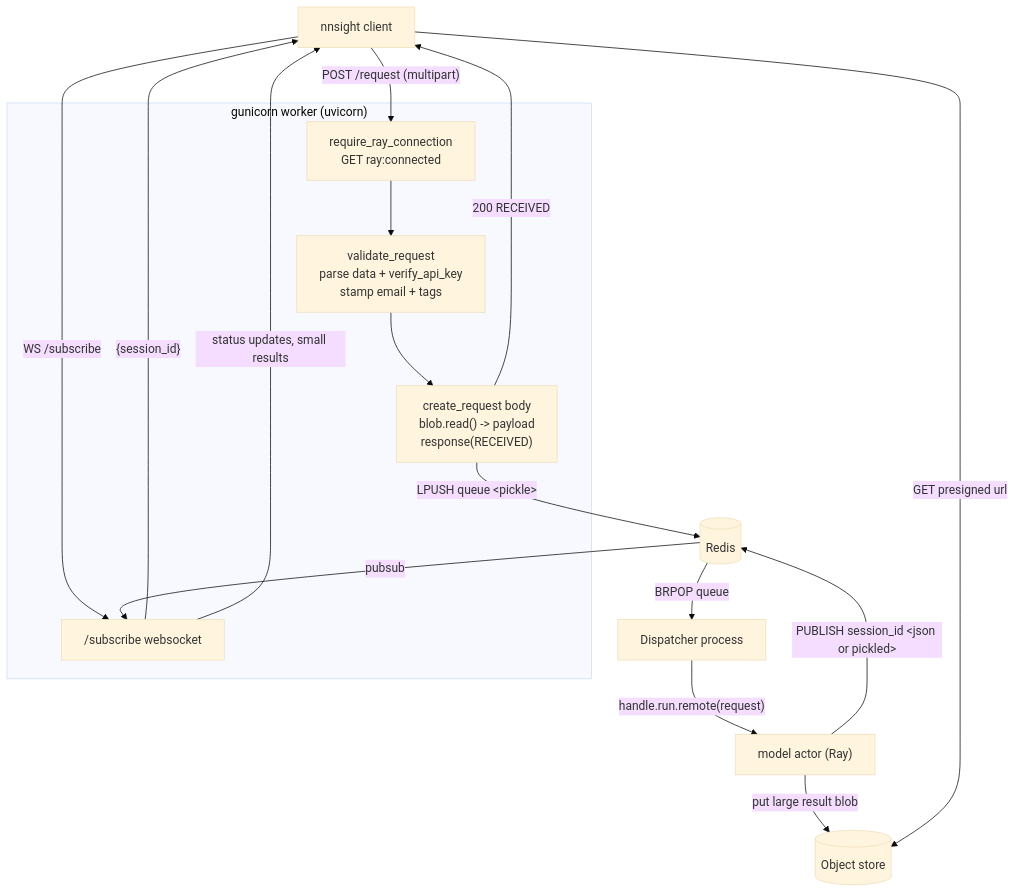
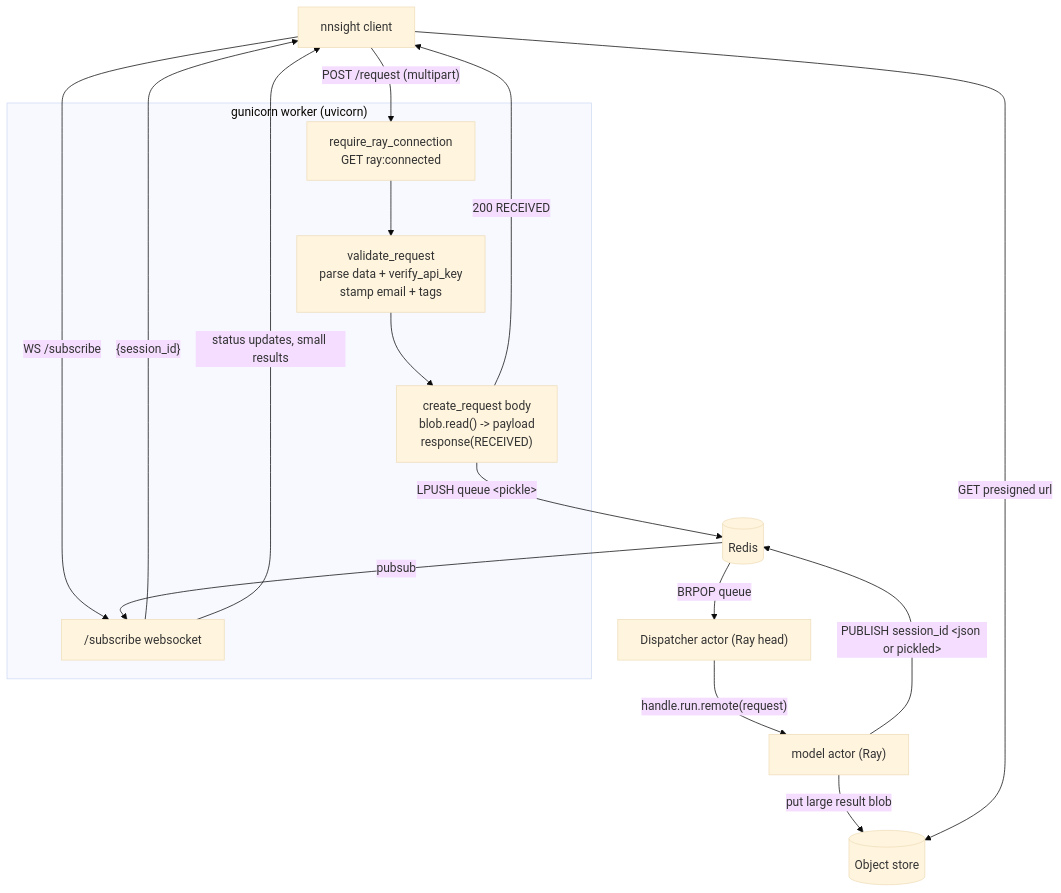
One commit to ndif-team/ndif changed the diagram in docs/developing/api-service.md. Above: the diagram before and after it, drawn with Mermaid (base theme). The commit also changed other lines of this file and 52 other files, not shown here.

````diff
--- a/docs/developing/api-service.md
+++ b/docs/developing/api-service.md
@@ -173,26 +168,26 @@
 ```mermaid
 flowchart TB
   C["nnsight client"]
   subgraph W["gunicorn worker (uvicorn)"]
     D1["require_ray_connection<br/>GET ray:connected"]
     D2["validate_request<br/>parse data + verify_api_key<br/>stamp email + tags"]
     B["create_request body<br/>blob.read() -> payload<br/>response(RECEIVED)"]
     S["/subscribe websocket"]
   end
   R[("Redis")]
-  DP["Dispatcher process"]
+  DP["Dispatcher actor (Ray head)"]
   MA["model actor (Ray)"]
   OS[("Object store")]
 
   C -- "WS /subscribe" --> S
   S -- "{session_id}" --> C
   C -- "POST /request (multipart)" --> D1 --> D2 --> B
   B -- "LPUSH queue &lt;pickle&gt;" --> R
   B -- "200 RECEIVED" --> C
   R -- "BRPOP queue" --> DP
   DP -- "handle.run.remote(request)" --> MA
   MA -- "PUBLISH session_id &lt;json or pickled&gt;" --> R
   R -- pubsub --> S -- "status updates, small results" --> C
   MA -- "put large result blob" --> OS
   C -- "GET presigned url" --> OS
 ```
````
